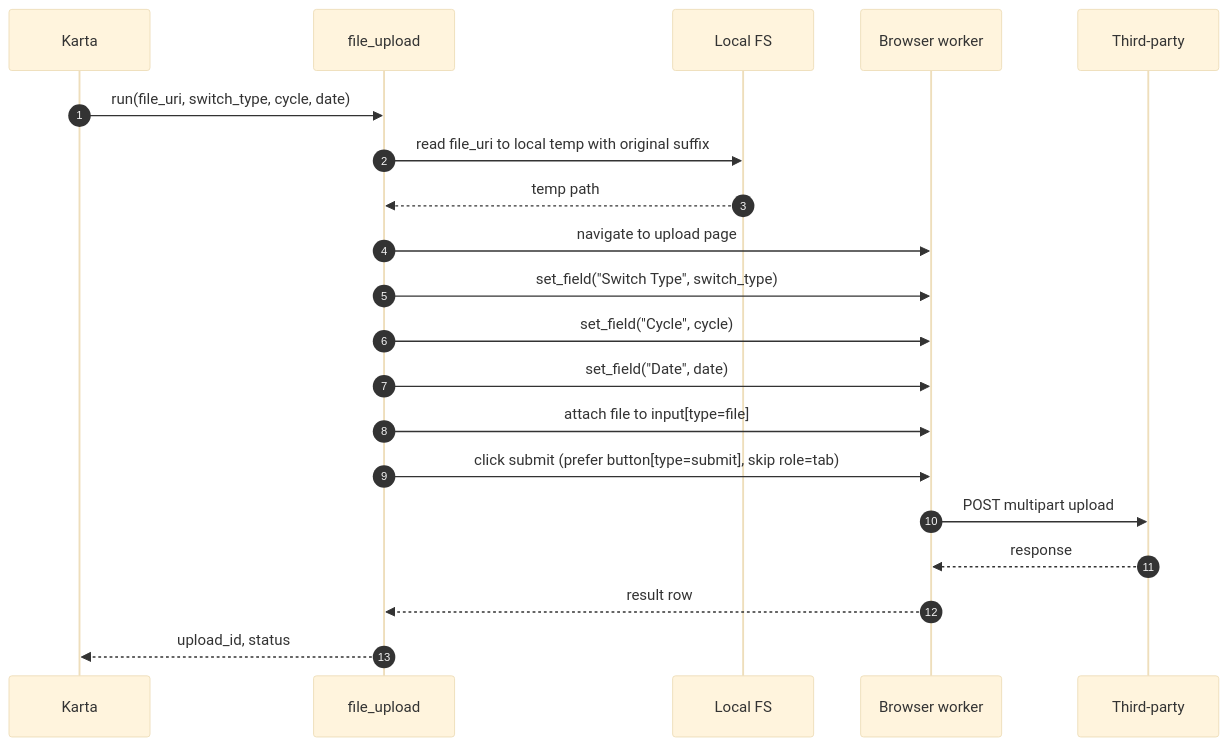
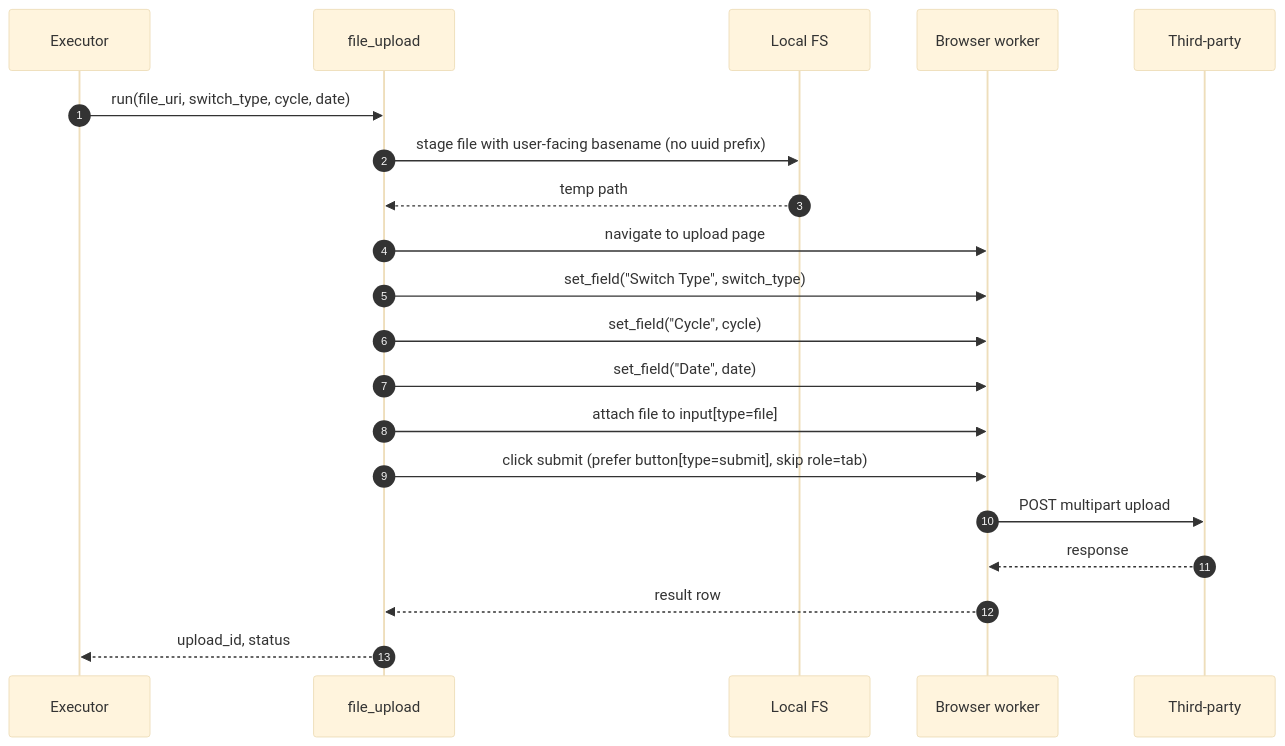
One commit to so-weak/Aakaar changed the eighth of 12 diagrams in documentation/src/02-LLD.md. Above: the diagram before and after it, drawn with Mermaid (base theme). The commit also changed other lines of this file and 23 other files, not shown here.

````diff
--- a/documentation/src/02-LLD.md
+++ b/documentation/src/02-LLD.md
@@ -276,23 +279,23 @@
 ```mermaid
 sequenceDiagram
   autonumber
-  participant E as Karta
+  participant E as Executor
   participant U as file_upload
   participant FS as Local FS
   participant B as Browser worker
   participant API as Third-party
 
   E->>U: run(file_uri, switch_type, cycle, date)
-  U->>FS: read file_uri to local temp with original suffix
+  U->>FS: stage file with user-facing basename (no uuid prefix)
   FS-->>U: temp path
   U->>B: navigate to upload page
   U->>B: set_field("Switch Type", switch_type)
   U->>B: set_field("Cycle", cycle)
   U->>B: set_field("Date", date)
   U->>B: attach file to input[type=file]
   U->>B: click submit (prefer button[type=submit], skip role=tab)
   B->>API: POST multipart upload
   API-->>B: response
   B-->>U: result row
   U-->>E: upload_id, status
 ```
````
